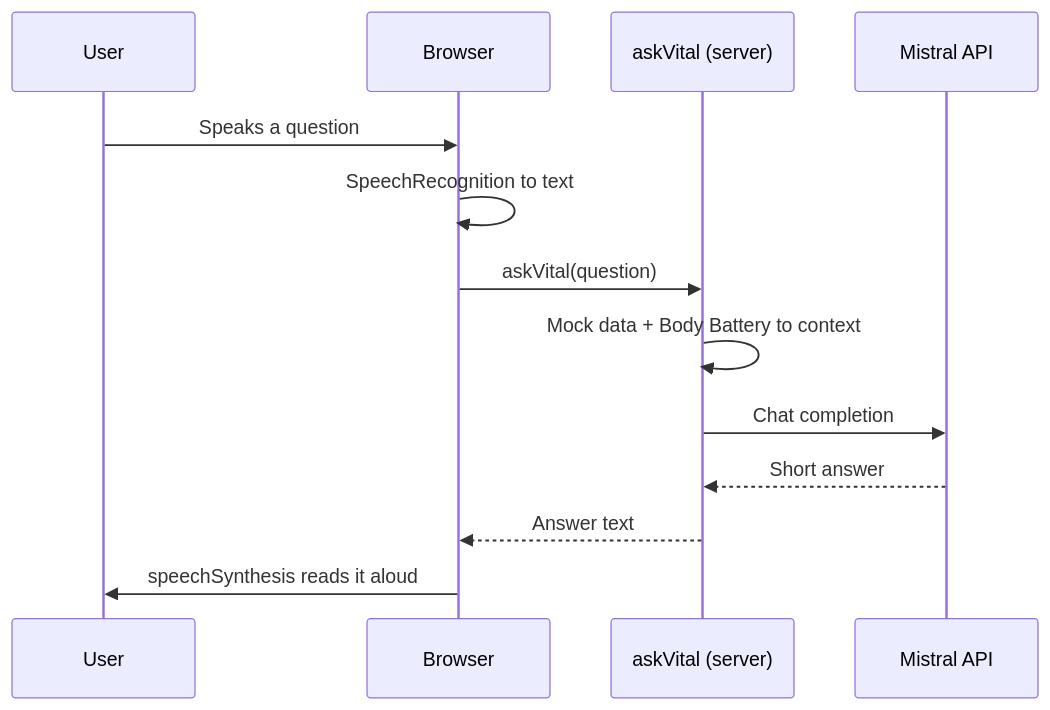
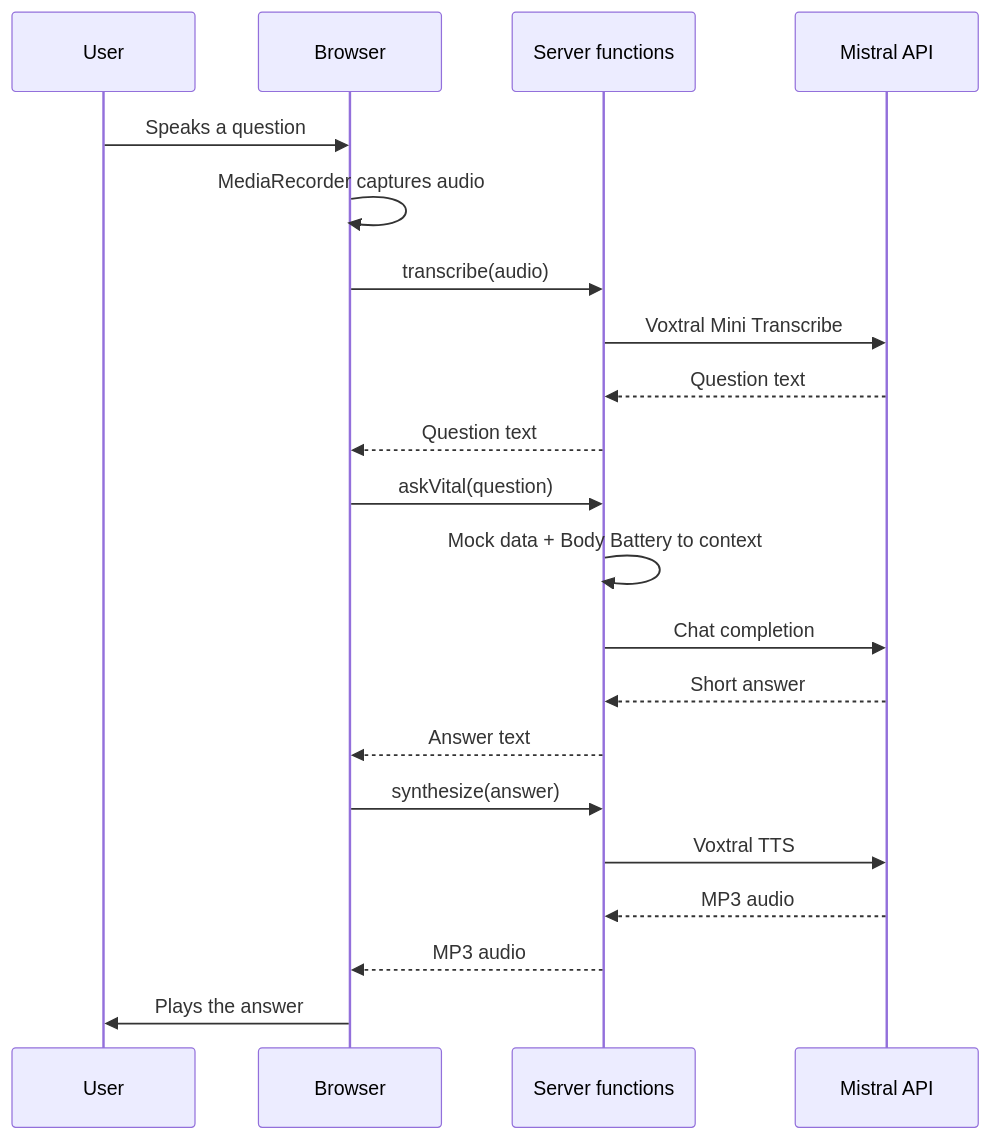
One commit to vitalvie/vital changed the diagram in docs/architecture.mdx. Above: the diagram before and after it, drawn with Mermaid. The commit also changed other lines of this file and 5 other files, not shown here.

Commit message:
docs: document Voxtral voice flow

````diff
--- a/docs/architecture.mdx
+++ b/docs/architecture.mdx
@@ -24,15 +24,23 @@
 ```mermaid
 sequenceDiagram
   participant U as User
   participant B as Browser
-  participant S as askVital (server)
+  participant S as Server functions
   participant M as Mistral API
   U->>B: Speaks a question
-  B->>B: SpeechRecognition to text
+  B->>B: MediaRecorder captures audio
+  B->>S: transcribe(audio)
+  S->>M: Voxtral Mini Transcribe
+  M-->>S: Question text
+  S-->>B: Question text
   B->>S: askVital(question)
   S->>S: Mock data + Body Battery to context
   S->>M: Chat completion
   M-->>S: Short answer
   S-->>B: Answer text
-  B->>U: speechSynthesis reads it aloud
+  B->>S: synthesize(answer)
+  S->>M: Voxtral TTS
+  M-->>S: MP3 audio
+  S-->>B: MP3 audio
+  B->>U: Plays the answer
 ```
````
